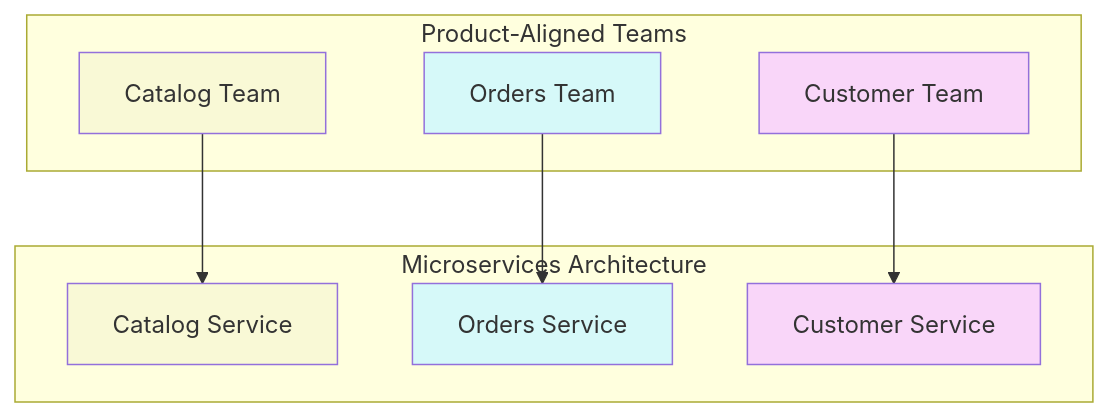
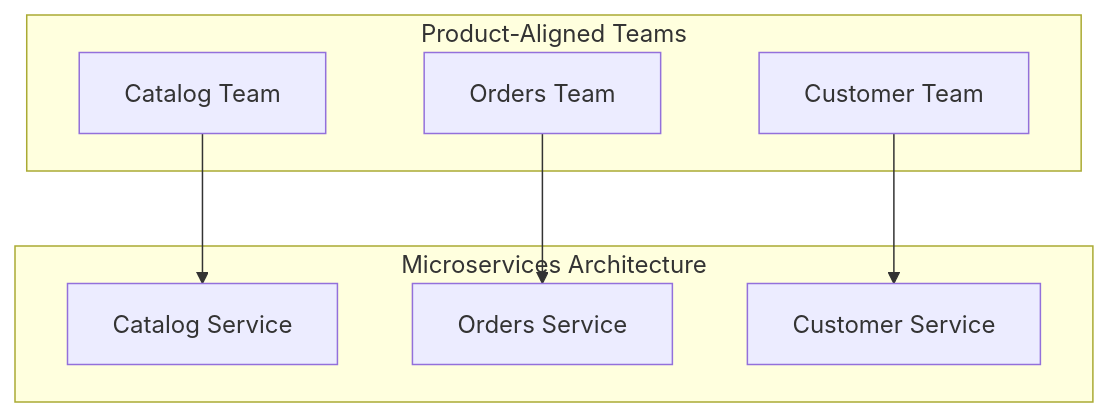
The second of 2 diagrams in src/content/wiki/organization/team-structure/conways-law.md (carlsendk/tech-leadership), drawn with Mermaid before and after one commit. The commit also changed 10 other files, not shown here.

First line of the commit message:
Update global Mermaid theme to use app's teal color scheme

````diff
--- a/src/content/wiki/organization/team-structure/conways-law.md
+++ b/src/content/wiki/organization/team-structure/conways-law.md
@@ -47,25 +47,19 @@
 ```mermaid
 graph TD
     subgraph "Product-Aligned Teams"
         A1[Catalog Team]
         B1[Orders Team]
         C1[Customer Team]
     end
     
     subgraph "Microservices Architecture"
         A2[Catalog Service]
         B2[Orders Service]
         C2[Customer Service]
     end
     
     A1 --> A2
     B1 --> B2
     C1 --> C2
     
-    style A1 fill:#f9f9d6
-    style B1 fill:#d6f9f9
-    style C1 fill:#f9d6f9
-    style A2 fill:#f9f9d6
-    style B2 fill:#d6f9f9
-    style C2 fill:#f9d6f9
 ```
````
